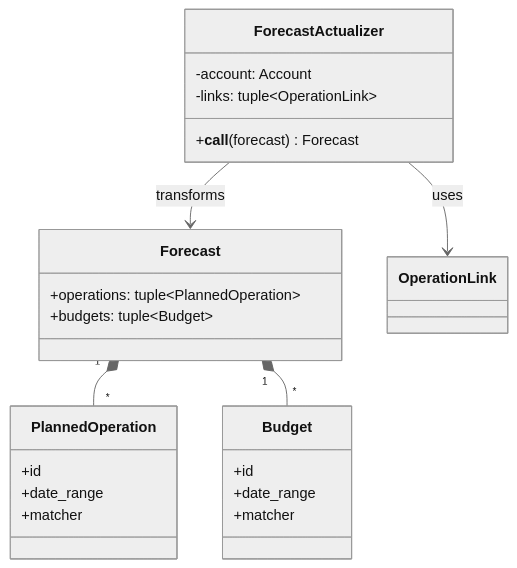
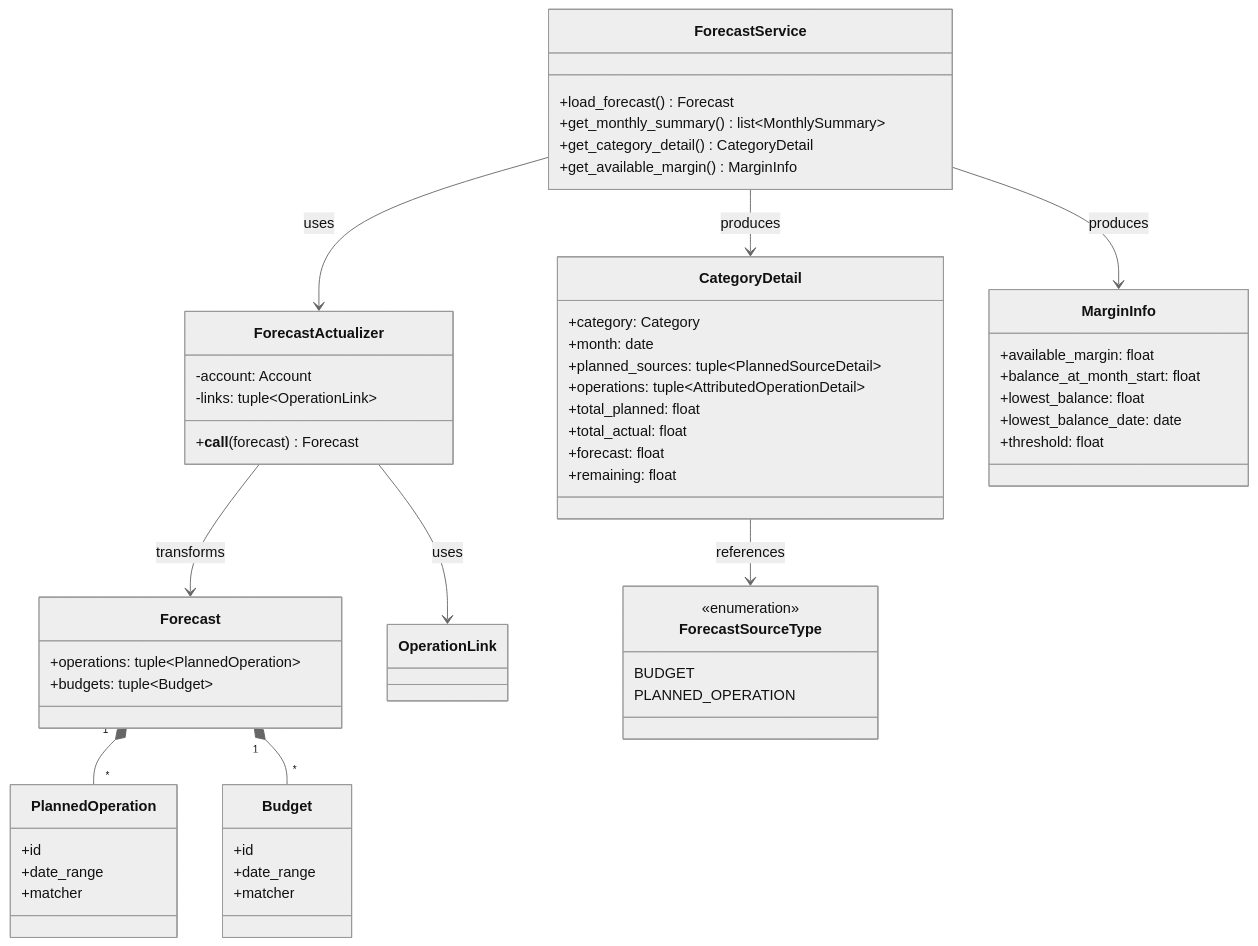
Before and after one commit to corentin-core/budget-forecaster: the first of 6 diagrams in docs/dev/forecast.md, drawn with Mermaid (neutral theme). The commit also changed other lines of this file and 54 other files, not shown here.

````diff
--- a/docs/dev/forecast.md
+++ b/docs/dev/forecast.md
@@ -8,30 +8,66 @@
 ```mermaid
 classDiagram
     class Forecast {
         +operations: tuple~PlannedOperation~
         +budgets: tuple~Budget~
     }
 
     class ForecastActualizer {
         -account: Account
         -links: tuple~OperationLink~
         +__call__(forecast) Forecast
+    }
+
+    class ForecastService {
+        +load_forecast() Forecast
+        +get_monthly_summary() list~MonthlySummary~
+        +get_category_detail() CategoryDetail
+        +get_available_margin() MarginInfo
+    }
+
+    class ForecastSourceType {
+        <<enumeration>>
+        BUDGET
+        PLANNED_OPERATION
+    }
+
+    class CategoryDetail {
+        +category: Category
+        +month: date
+        +planned_sources: tuple~PlannedSourceDetail~
+        +operations: tuple~AttributedOperationDetail~
+        +total_planned: float
+        +total_actual: float
+        +forecast: float
+        +remaining: float
+    }
+
+    class MarginInfo {
+        +available_margin: float
+        +balance_at_month_start: float
+        +lowest_balance: float
+        +lowest_balance_date: date
+        +threshold: float
     }
 
     class PlannedOperation {
         +id
         +date_range
         +matcher
     }
 
     class Budget {
         +id
         +date_range
         +matcher
     }
 
     Forecast "1" *-- "*" PlannedOperation
     Forecast "1" *-- "*" Budget
     ForecastActualizer --> Forecast : transforms
     ForecastActualizer --> OperationLink : uses
+    ForecastService --> ForecastActualizer : uses
+    ForecastService --> CategoryDetail : produces
+    ForecastService --> MarginInfo : produces
+    CategoryDetail --> ForecastSourceType : references
 ```
````
